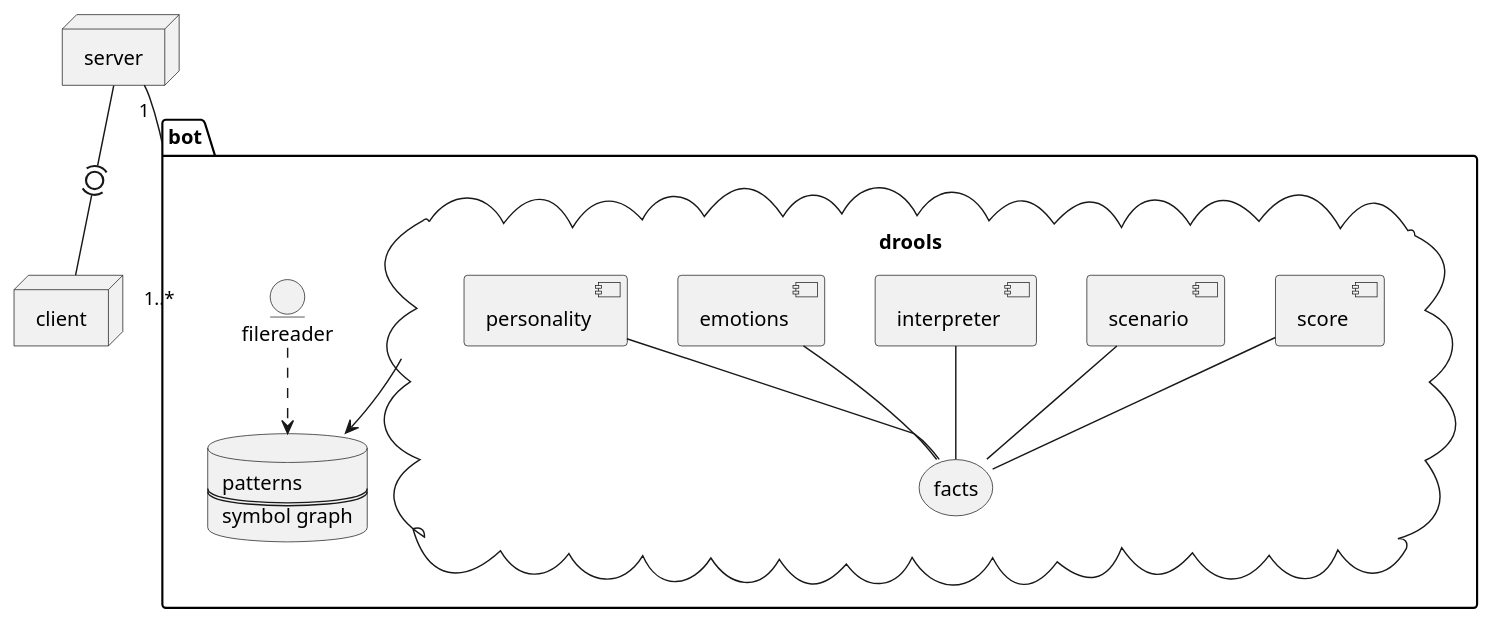
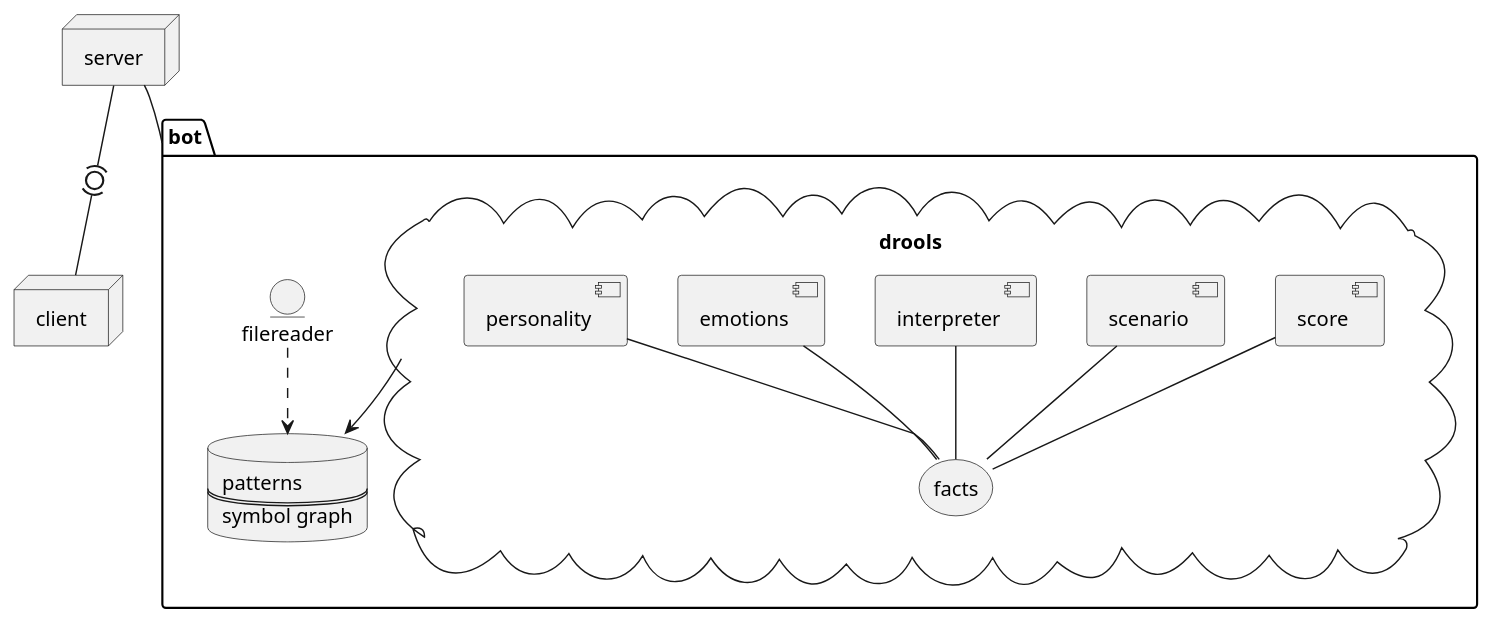
One commit to jappeace/methods-homework changed the ninth of 26 diagrams in thesis/thesis.org. Above: the diagram before and after it, drawn with PlantUML. The commit also changed other lines of this file, not shown here.

```diff
--- a/thesis/thesis.org
+++ b/thesis/thesis.org
@@ -2709,30 +2716,30 @@
 #+BEGIN_SRC plantuml :cache yes :file img/uml/architecture-concept.png :exports results
   package bot{
     cloud drools {
       component score
       component scenario
       component interpreter
       storage facts
       scenario -- facts
       interpreter -- facts
       score -- facts
       component emotions
       component personality
       emotions -- facts
       personality -- facts
     }
     database meanings [
       patterns
       ====
       symbol graph
     ]
     entity filereader
     filereader ..> meanings
     drools --> meanings
   }
   node server
   node client
 
-  server "1"-- "1..*" bot
+  server --  bot
   server  -(0)- client
 #+END_SRC
```
